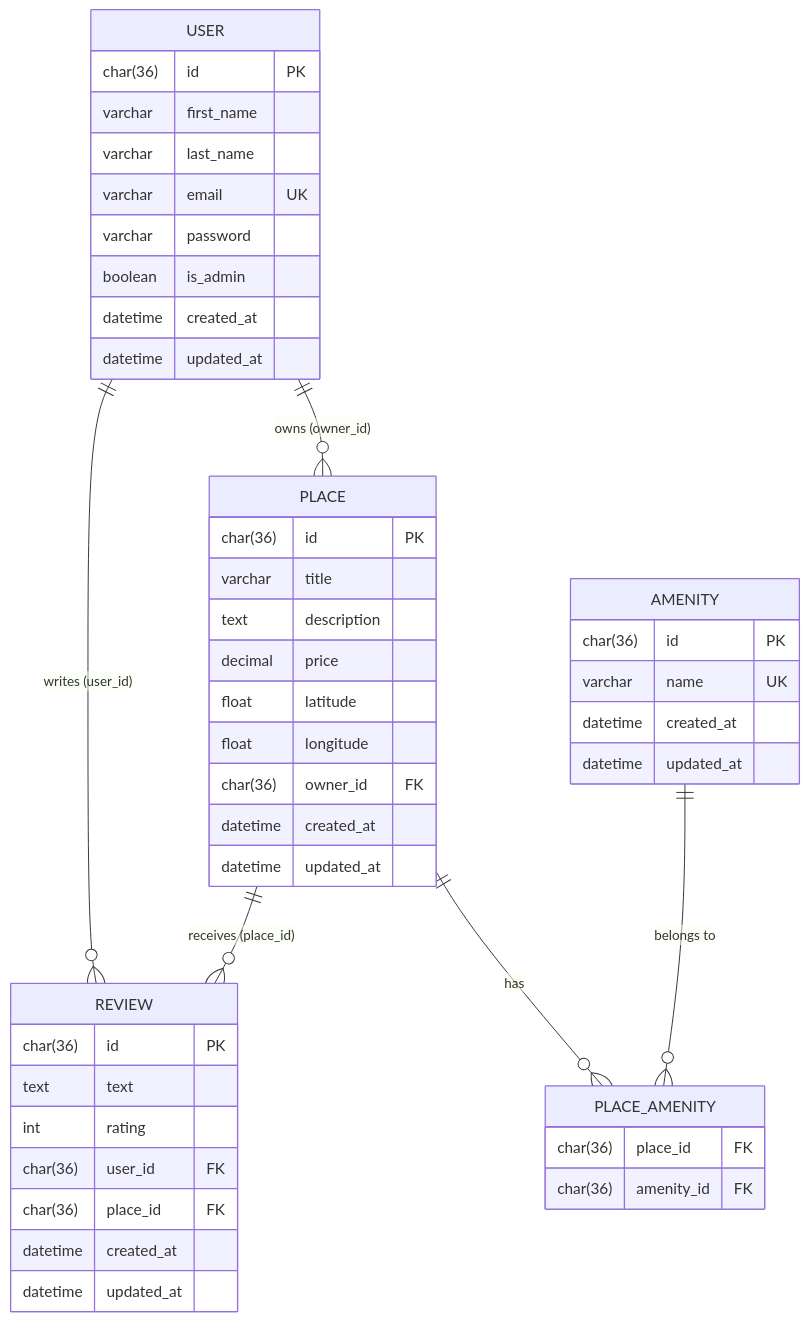
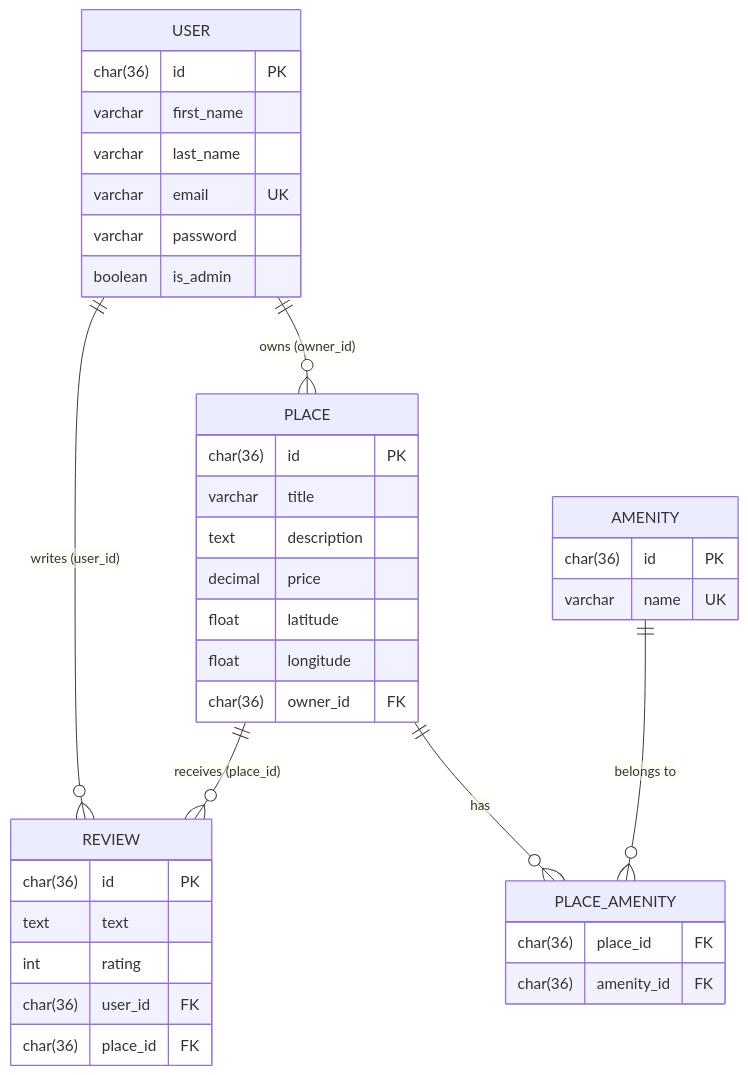
The third of 3 diagrams in part3/HBnB_Technical_Documentation.md (Tommy-JOUHANS/holbertonschool-hbnb), drawn with Mermaid before and after one commit. The commit also changed 2 other files, not shown here.

Commit message:
mise à jour de la documentation

````diff
--- a/part3/HBnB_Technical_Documentation.md
+++ b/part3/HBnB_Technical_Documentation.md
@@ -918,53 +918,49 @@
 ```mermaid
 erDiagram
     USER {
         char(36) id PK
         varchar first_name
         varchar last_name
         varchar email UK
         varchar password
         boolean is_admin
-        datetime created_at
-        datetime updated_at
+      
     }
 
     PLACE {
         char(36) id PK
         varchar title
         text description
         decimal price
         float latitude
         float longitude
         char(36) owner_id FK
-        datetime created_at
-        datetime updated_at
+        
     }
 
     REVIEW {
         char(36) id PK
         text text
         int rating
         char(36) user_id FK
         char(36) place_id FK
-        datetime created_at
-        datetime updated_at
+    
     }
 
     AMENITY {
         char(36) id PK
         varchar name UK
-        datetime created_at
-        datetime updated_at
+      
     }
 
     PLACE_AMENITY {
         char(36) place_id FK
         char(36) amenity_id FK
     }
 
     USER ||--o{ PLACE : "owns (owner_id)"
     USER ||--o{ REVIEW : "writes (user_id)"
     PLACE ||--o{ REVIEW : "receives (place_id)"
     PLACE ||--o{ PLACE_AMENITY : "has"
     AMENITY ||--o{ PLACE_AMENITY : "belongs to"
 ```
````
